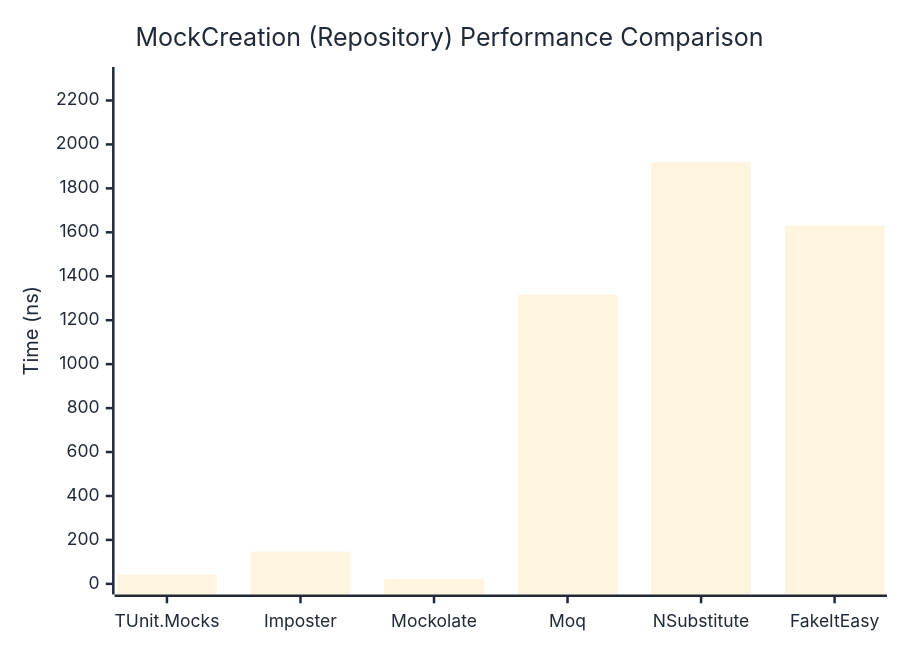
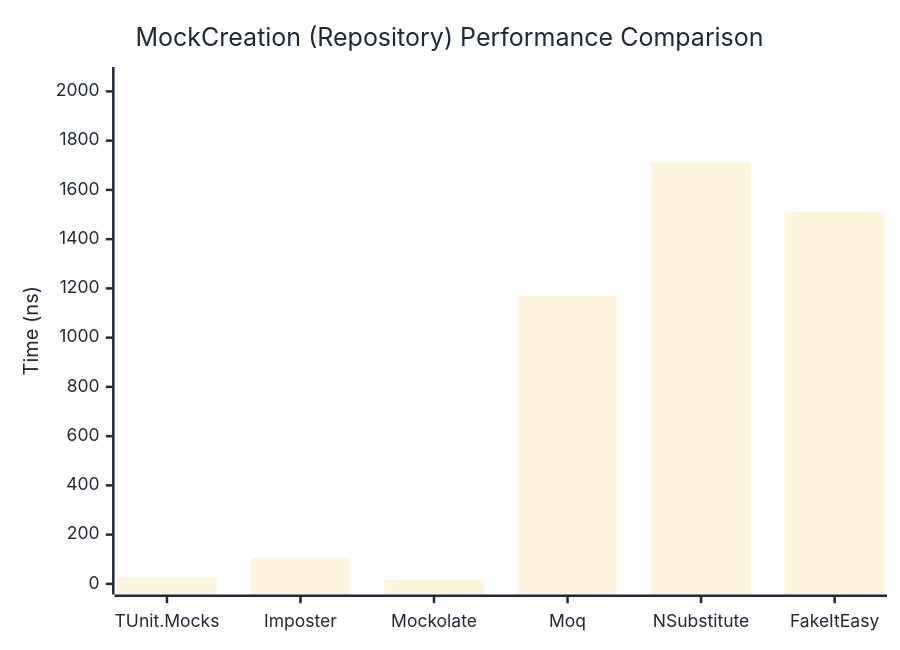
The second of 2 diagrams in docs/docs/benchmarks/mocks/MockCreation.md (thomhurst/TUnit), drawn with Mermaid before and after one commit. The commit also changed other lines of this file and 14 other files, not shown here.

````diff
--- a/docs/docs/benchmarks/mocks/MockCreation.md
+++ b/docs/docs/benchmarks/mocks/MockCreation.md
@@ -71,27 +71,27 @@
 ```mermaid
 %%{init: {
   'theme':'base',
   'themeVariables': {
     'primaryColor': '#2563eb',
     'primaryTextColor': '#1f2937',
     'primaryBorderColor': '#1e40af',
     'lineColor': '#6b7280',
     'secondaryColor': '#7c3aed',
     'tertiaryColor': '#dc2626',
     'background': '#ffffff',
     'pie1': '#2563eb',
     'pie2': '#7c3aed',
     'pie3': '#dc2626',
     'pie4': '#f59e0b',
     'pie5': '#10b981',
     'pie6': '#06b6d4',
     'pie7': '#ec4899',
     'pie8': '#6366f1'
   }
 }}%%
 xychart-beta
   title "MockCreation (Repository) Performance Comparison"
   x-axis ["TUnit.Mocks", "Imposter", "Mockolate", "Moq", "NSubstitute", "FakeItEasy"]
-  y-axis "Time (ns)" 0 --> 2304
-  bar [41.73, 146.66, 22.51, 1315.77, 1919.23, 1630.54]
+  y-axis "Time (ns)" 0 --> 2056
+  bar [25.52, 104.75, 14.5, 1170.6, 1712.79, 1508.65]
 ```
````
